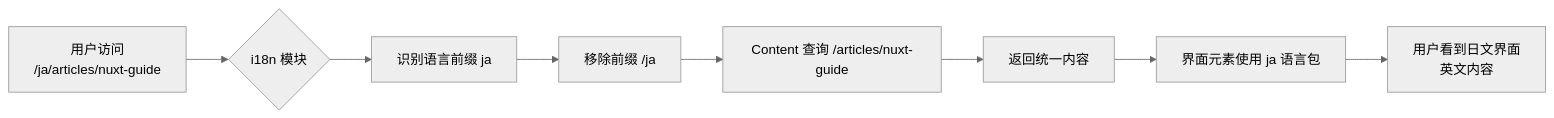
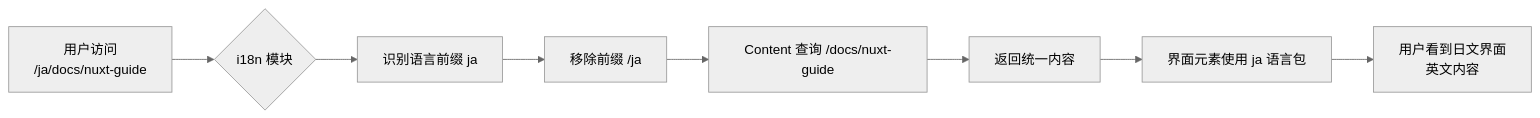
Before and after one commit to yuelinghuashu/moongate: the diagram in content/docs/single-source-multilingual.md, drawn with Mermaid (neutral theme). The commit also changed other lines of this file and 13 other files, not shown here.

````diff
--- a/content/docs/single-source-multilingual.md
+++ b/content/docs/single-source-multilingual.md
@@ -52,10 +52,10 @@
 ```mermaid
 graph LR
-    A[用户访问<br>/ja/articles/nuxt-guide] --> B{i18n 模块};
+    A[用户访问<br>/ja/docs/nuxt-guide] --> B{i18n 模块};
     B --> C[识别语言前缀 ja];
     C --> D[移除前缀 /ja];
-    D --> E[Content 查询 /articles/nuxt-guide];
+    D --> E[Content 查询 /docs/nuxt-guide];
     E --> F[返回统一内容];
     F --> G[界面元素使用 ja 语言包];
     G --> H[用户看到日文界面<br>英文内容];
 ```
````
